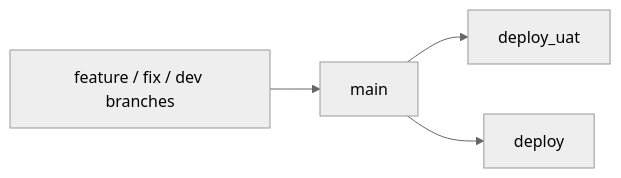
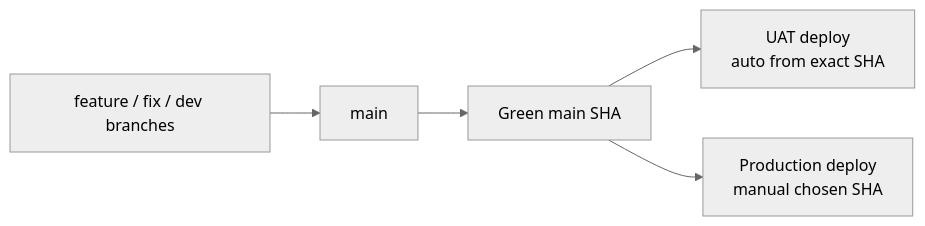
The diagram in docs/reference/operations/branch-governance.md (Roopmann30/hushh-research), drawn with Mermaid (neutral theme) before and after one commit. The commit also changed other lines of this file and 18 other files, not shown here.

````diff
--- a/docs/reference/operations/branch-governance.md
+++ b/docs/reference/operations/branch-governance.md
@@ -6,9 +6,11 @@
 ```mermaid
 flowchart LR
   feature["feature / fix / dev branches"]
   main["main"]
-  uat["deploy_uat"]
-  prod["deploy"]
-  feature --> main --> uat
-  main --> prod
+  green["Green main SHA"]
+  uat["UAT deploy<br/>auto from exact SHA"]
+  prod["Production deploy<br/>manual chosen SHA"]
+  feature --> main --> green
+  green --> uat
+  green --> prod
 ```
````
